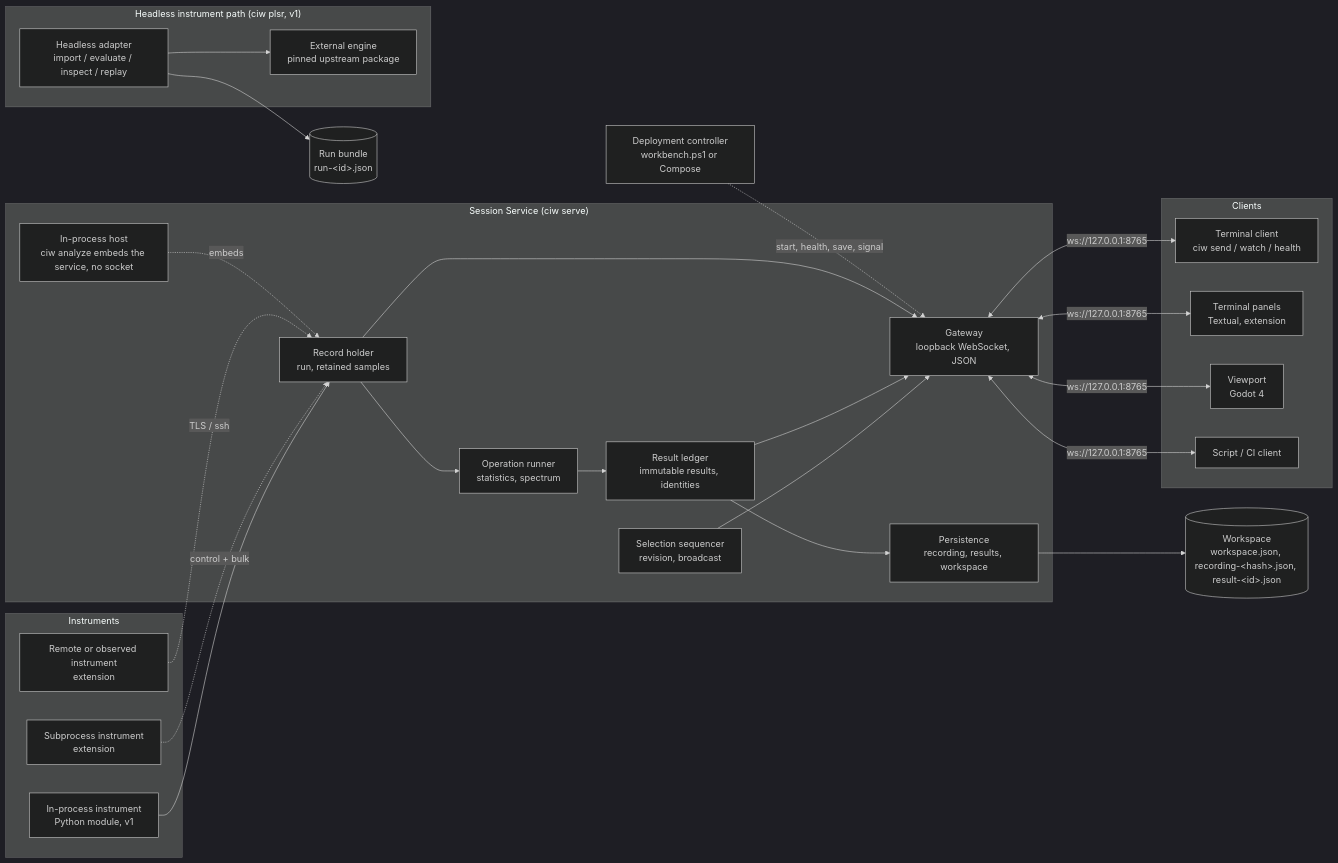
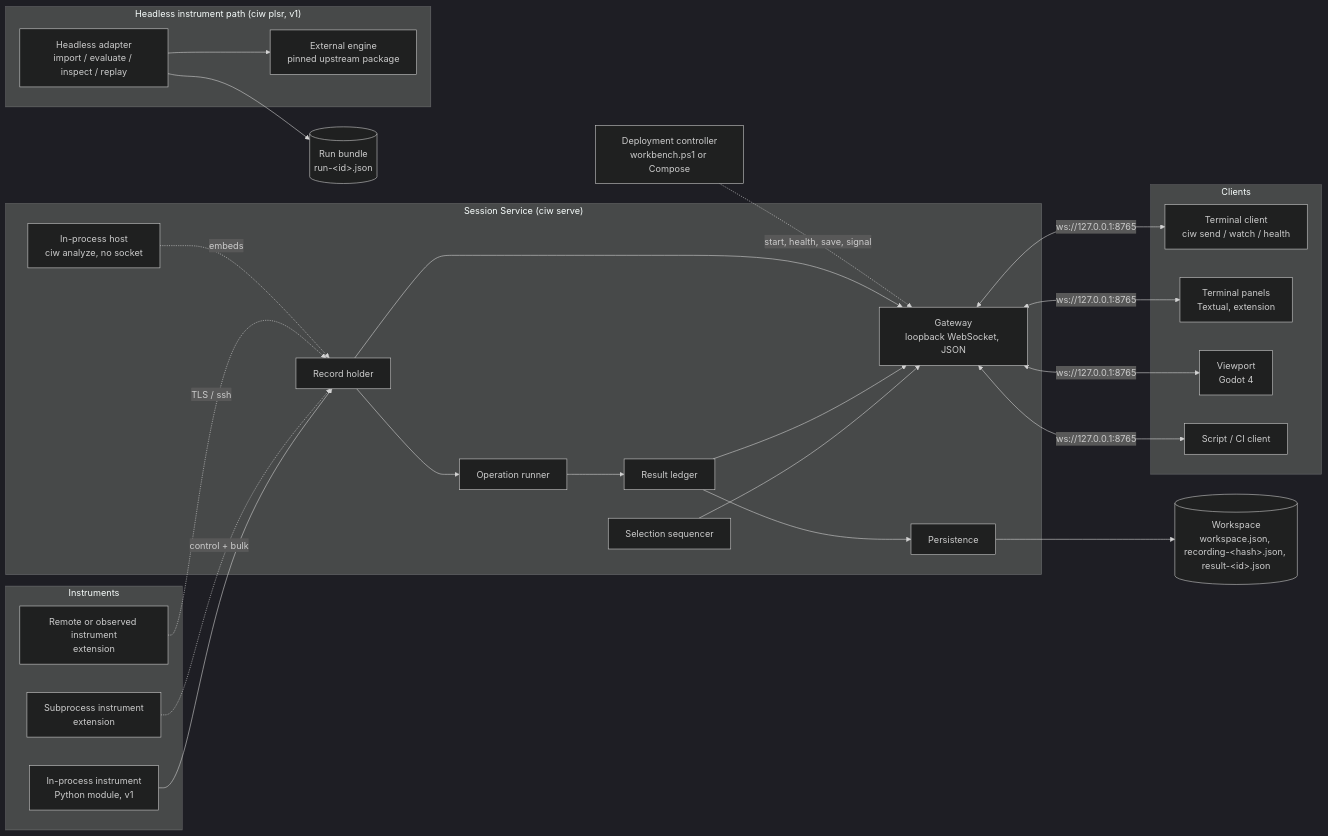
Before and after one commit to giasonpooni/Computational-Instrumentation-Workbench: the first of 3 diagrams in docs/ARCHITECTURE.md, drawn with Mermaid (dark theme). The commit also changed other lines of this file, not shown here.

First line of the commit message:
Tighten the architecture document's contract sections

````diff
--- a/docs/ARCHITECTURE.md
+++ b/docs/ARCHITECTURE.md
@@ -117,46 +117,46 @@
 ```mermaid
 flowchart LR
     subgraph Instruments
         I1[In-process instrument<br/>Python module, v1]
         I2[Subprocess instrument<br/>extension]
         I3[Remote or observed instrument<br/>extension]
     end
     subgraph Service["Session Service (ciw serve)"]
-        REC[Record holder<br/>run, retained samples]
-        SEL[Selection sequencer<br/>revision, broadcast]
-        OPS[Operation runner<br/>statistics, spectrum]
-        RES[Result ledger<br/>immutable results, identities]
+        REC[Record holder]
+        SEL[Selection sequencer]
+        OPS[Operation runner]
+        RES[Result ledger]
         GW[Gateway<br/>loopback WebSocket, JSON]
-        PER[Persistence<br/>recording, results, workspace]
-        AN[In-process host<br/>ciw analyze embeds the service, no socket]
+        PER[Persistence]
+        AN[In-process host<br/>ciw analyze, no socket]
     end
     subgraph Clients
         CLI[Terminal client<br/>ciw send / watch / health]
         TUI[Terminal panels<br/>Textual, extension]
         VP[Viewport<br/>Godot 4]
         SC[Script / CI client]
     end
     WS[("Workspace<br/>workspace.json, recording-#lt;hash#gt;.json, result-#lt;id#gt;.json")]
     subgraph Headless["Headless instrument path (ciw plsr, v1)"]
         HA[Headless adapter<br/>import / evaluate / inspect / replay]
         ENG[External engine<br/>pinned upstream package]
     end
     RB[("Run bundle<br/>run-#lt;id#gt;.json")]
     DC[Deployment controller<br/>workbench.ps1 or Compose]
     I1 --> REC
     I2 -. control + bulk .-> REC
     I3 -. TLS / ssh .-> REC
     REC --> OPS --> RES
     SEL --> GW
     RES --> GW
     REC --> GW
     RES --> PER --> WS
     GW <-- ws://127.0.0.1:8765 --> CLI
     GW <-- ws://127.0.0.1:8765 --> TUI
     GW <-- ws://127.0.0.1:8765 --> VP
     GW <-- ws://127.0.0.1:8765 --> SC
     AN -. embeds .-> REC
     HA --> ENG
     HA --> RB
     DC -. start, health, save, signal .-> GW
 ```
````
